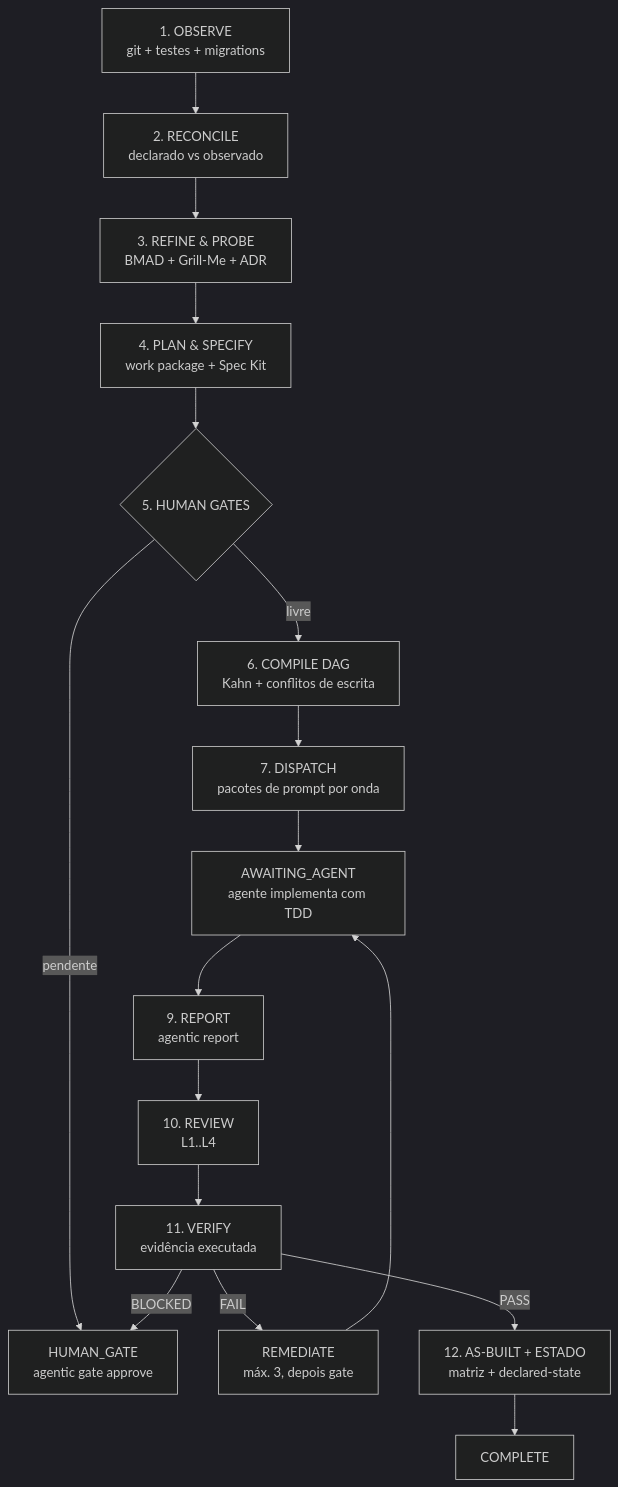
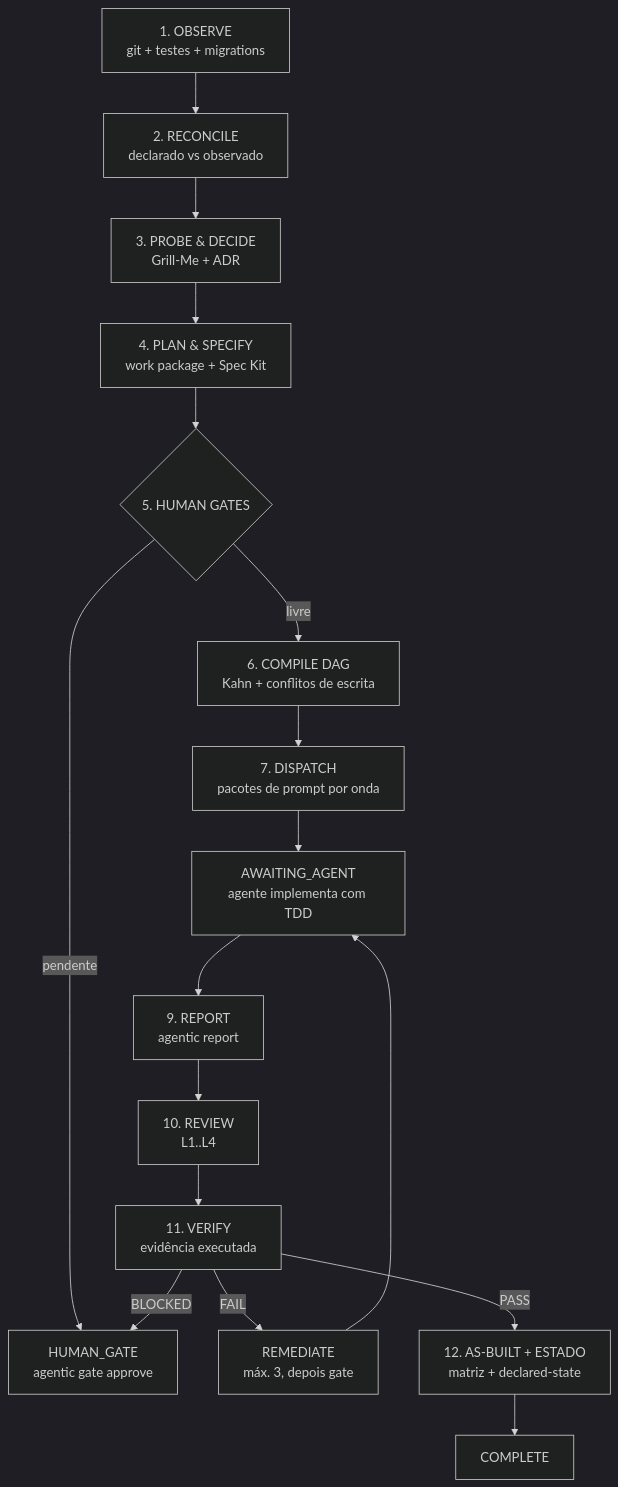
The diagram in README.md (gilsonfat/framework_agentic), drawn with Mermaid (dark theme) before and after one commit. The commit also changed other lines of this file and 43 other files, not shown here.

````diff
--- a/README.md
+++ b/README.md
@@ -51,19 +51,19 @@
 ```mermaid
 flowchart TD
     A[1. OBSERVE<br/>git + testes + migrations] --> B[2. RECONCILE<br/>declarado vs observado]
-    B --> C[3. REFINE & PROBE<br/>BMAD + Grill-Me + ADR]
+    B --> C[3. PROBE & DECIDE<br/>Grill-Me + ADR]
     C --> D[4. PLAN & SPECIFY<br/>work package + Spec Kit]
     D --> E{5. HUMAN GATES}
     E -- pendente --> G1[HUMAN_GATE<br/>agentic gate approve]
     E -- livre --> F[6. COMPILE DAG<br/>Kahn + conflitos de escrita]
     F --> H[7. DISPATCH<br/>pacotes de prompt por onda]
     H --> I[AWAITING_AGENT<br/>agente implementa com TDD]
     I --> J[9. REPORT<br/>agentic report]
     J --> K[10. REVIEW<br/>L1..L4]
     K --> L[11. VERIFY<br/>evidência executada]
     L -- FAIL --> M[REMEDIATE<br/>máx. 3, depois gate]
     M --> I
     L -- BLOCKED --> G1
     L -- PASS --> N[12. AS-BUILT + ESTADO<br/>matriz + declared-state]
     N --> O[COMPLETE]
 ```
````
